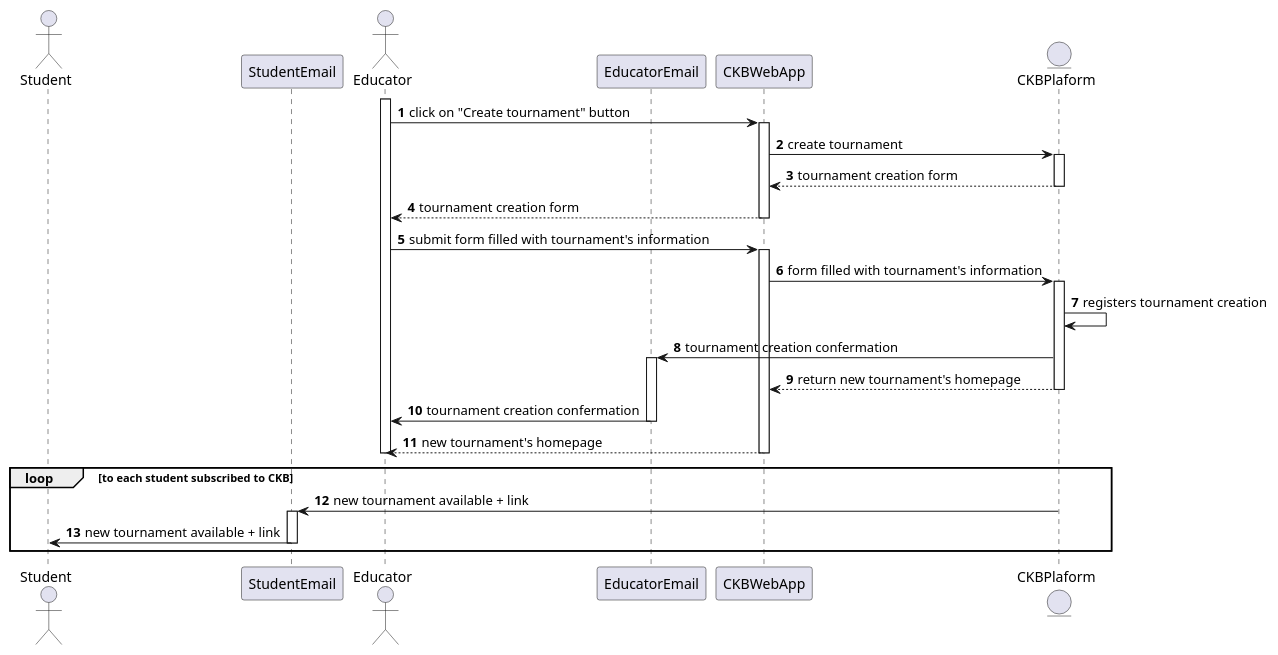
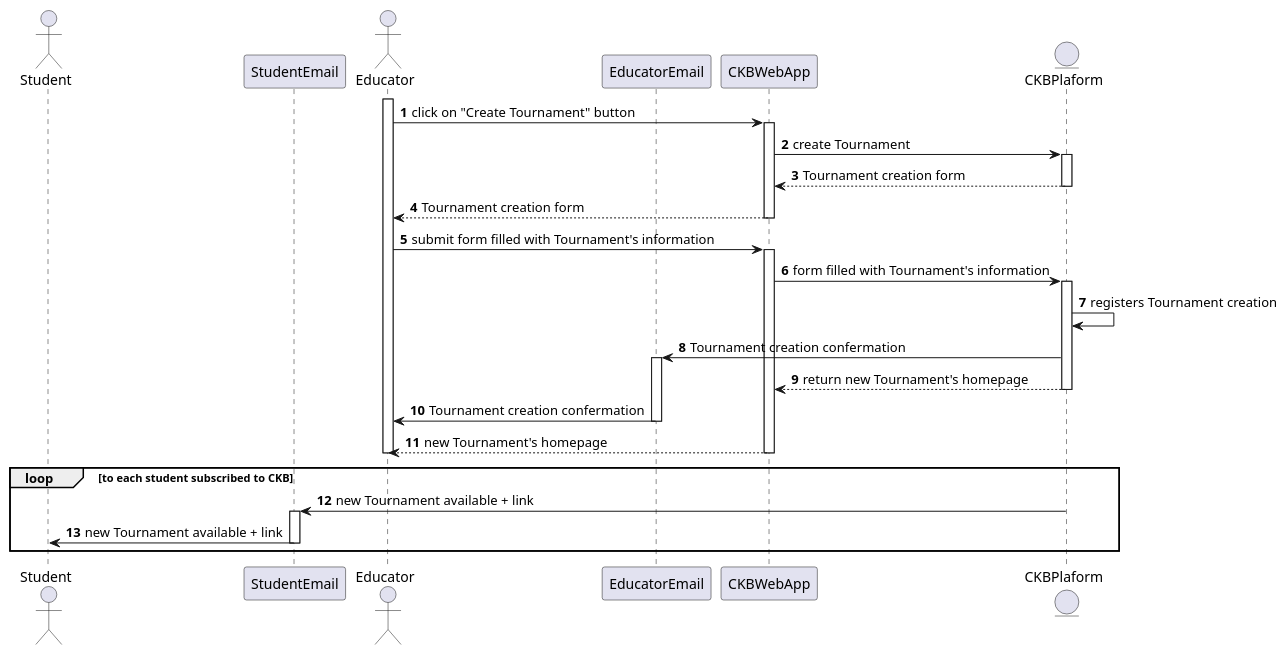
The diagram in _RASD/Images/UML/sequenceDiagram/sequenceDiagramUC5.wsd (Angelo7672/SE2_Requirement-and-Design-Document), drawn with PlantUML before and after one commit. The commit also changed 11 other files, not shown here.

```diff
--- a/_RASD/Images/UML/sequenceDiagram/sequenceDiagramUC5.wsd
+++ b/_RASD/Images/UML/sequenceDiagram/sequenceDiagramUC5.wsd
@@ -1,43 +1,43 @@
 @startuml
 
 autonumber
 
 actor Student
 participant StudentEmail
 actor Educator
 participant EducatorEmail as Email
 participant CKBWebApp as App
 entity CKBPlaform as Platform
 
 activate Educator
-Educator -> App: click on "Create tournament" button
+Educator -> App: click on "Create Tournament" button
 activate App
-App -> Platform: create tournament
+App -> Platform: create Tournament
 activate Platform
-Platform --> App: tournament creation form
+Platform --> App: Tournament creation form
 deactivate Platform
-App --> Educator: tournament creation form
+App --> Educator: Tournament creation form
 deactivate App
-Educator -> App: submit form filled with tournament's information
+Educator -> App: submit form filled with Tournament's information
 activate App
-App -> Platform: form filled with tournament's information
+App -> Platform: form filled with Tournament's information
 activate Platform
-Platform -> Platform: registers tournament creation
-Platform -> Email: tournament creation confermation
+Platform -> Platform: registers Tournament creation
+Platform -> Email: Tournament creation confermation
 activate Email
-Platform --> App: return new tournament's homepage
+Platform --> App: return new Tournament's homepage
 deactivate Platform
-Email -> Educator: tournament creation confermation
+Email -> Educator: Tournament creation confermation
 deactivate Email
-App --> Educator: new tournament's homepage
+App --> Educator: new Tournament's homepage
 deactivate App
 deactivate Educator
 
 loop to each student subscribed to CKB
-    Platform -> StudentEmail: new tournament available + link
+    Platform -> StudentEmail: new Tournament available + link
     activate StudentEmail
-    StudentEmail -> Student: new tournament available + link
+    StudentEmail -> Student: new Tournament available + link
     deactivate StudentEmail
 end
 
 @enduml
```
